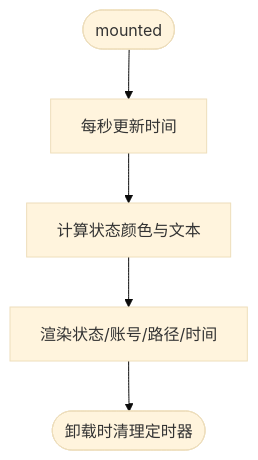
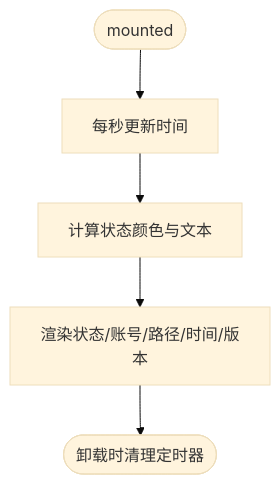
The fourth of 6 diagrams in .qoder/repowiki/zh/content/前端应用/布局系统.md (hipig/autoOps), drawn with Mermaid (base theme) before and after one commit. The commit also changed other lines of this file and 37 other files, not shown here.

````diff
--- a/.qoder/repowiki/zh/content/前端应用/布局系统.md
+++ b/.qoder/repowiki/zh/content/前端应用/布局系统.md
@@ -198,7 +220,7 @@
 ```mermaid
 flowchart TD
 Enter(["mounted"]) --> Tick["每秒更新时间"]
 Tick --> ComputeStatus["计算状态颜色与文本"]
-ComputeStatus --> Render["渲染状态/账号/路径/时间"]
+ComputeStatus --> Render["渲染状态/账号/路径/时间/版本"]
 Render --> Leave(["卸载时清理定时器"])
 ```
````
